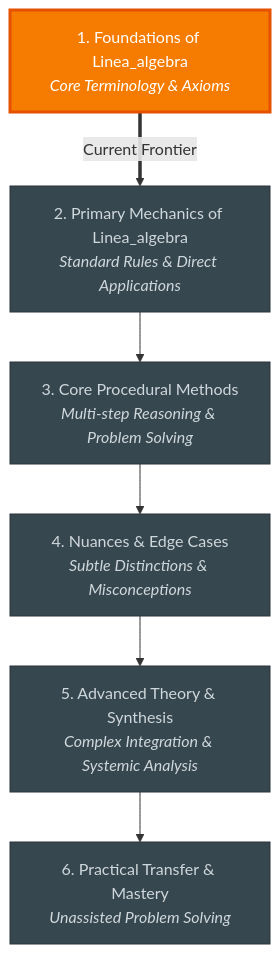
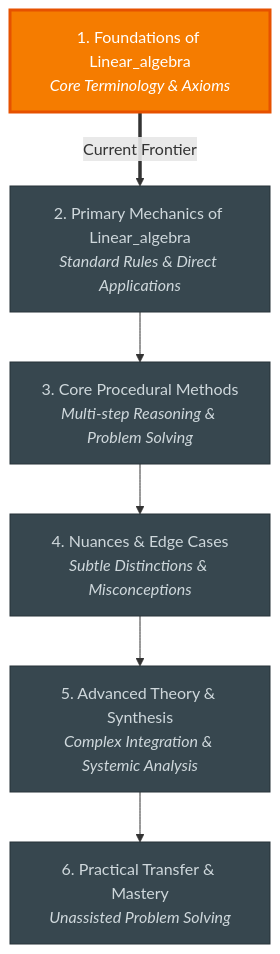
Before and after one commit to Samuel-Habib/ai_learning_assistant: the diagram in md/00_INDEX_DASHBOARD.md, drawn with Mermaid. The commit also changed other lines of this file and 7 other files, not shown here.

````diff
--- a/md/00_INDEX_DASHBOARD.md
+++ b/md/00_INDEX_DASHBOARD.md
@@ -24,19 +24,19 @@
 ```mermaid
 flowchart TD
     classDef mastered fill:#2e7d32,stroke:#1b5e20,stroke-width:2px,color:#fff;
     classDef current fill:#f57c00,stroke:#e65100,stroke-width:3px,color:#fff;
     classDef upcoming fill:#37474f,stroke:#263238,stroke-width:1px,color:#cfd8dc;
 
-    M1["1. Foundations of Linea_algebra<br/><i>Core Terminology & Axioms</i>"]:::current
-    M2["2. Primary Mechanics of Linea_algebra<br/><i>Standard Rules & Direct Applications</i>"]:::upcoming
+    M1["1. Foundations of Linear_algebra<br/><i>Core Terminology & Axioms</i>"]:::current
+    M2["2. Primary Mechanics of Linear_algebra<br/><i>Standard Rules & Direct Applications</i>"]:::upcoming
     M3["3. Core Procedural Methods<br/><i>Multi-step Reasoning & Problem Solving</i>"]:::upcoming
     M4["4. Nuances & Edge Cases<br/><i>Subtle Distinctions & Misconceptions</i>"]:::upcoming
     M5["5. Advanced Theory & Synthesis<br/><i>Complex Integration & Systemic Analysis</i>"]:::upcoming
     M6["6. Practical Transfer & Mastery<br/><i>Unassisted Problem Solving</i>"]:::upcoming
 
     M1 ==>|Current Frontier| M2
     M2 --> M3
     M3 --> M4
     M4 --> M5
     M5 --> M6
 ```
````
